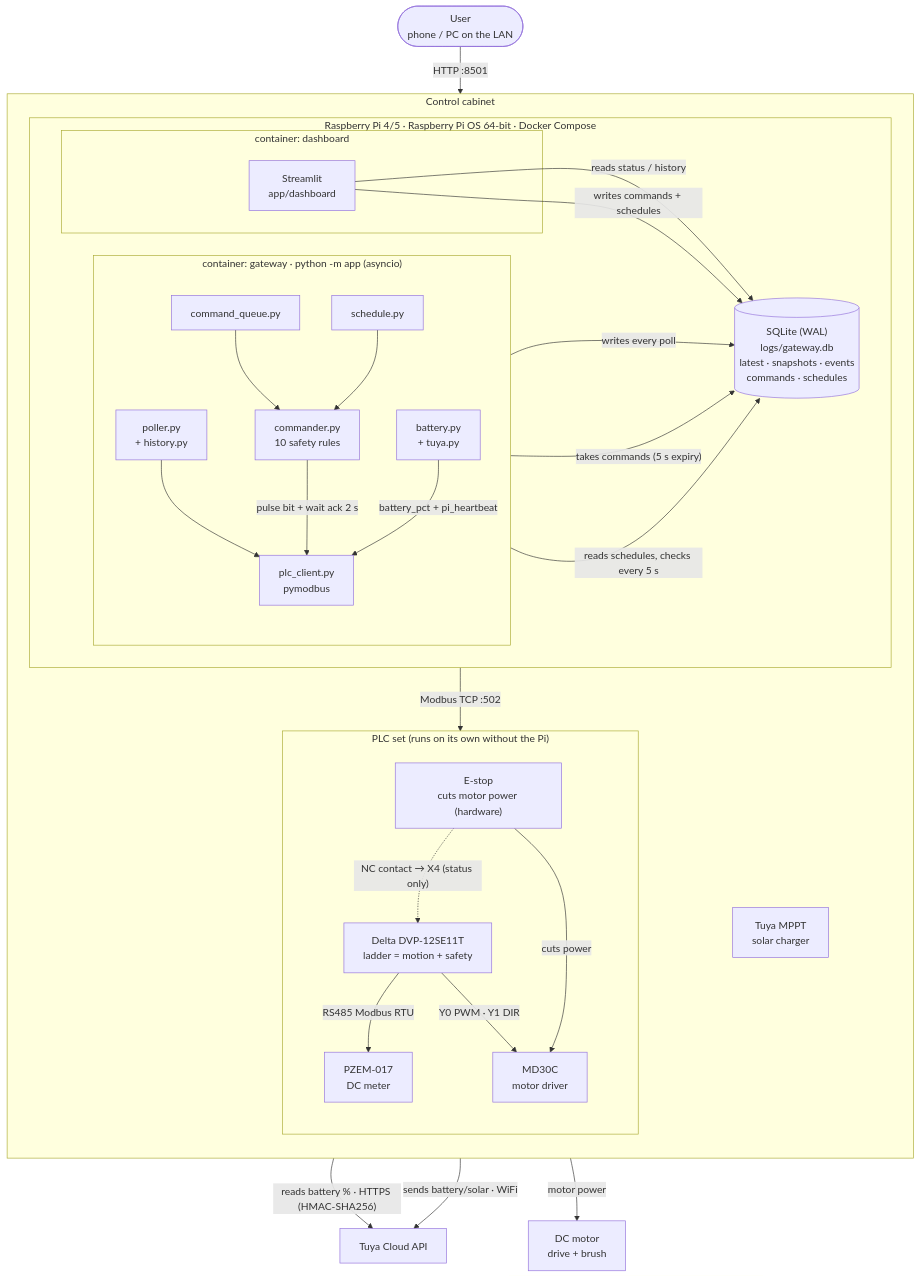
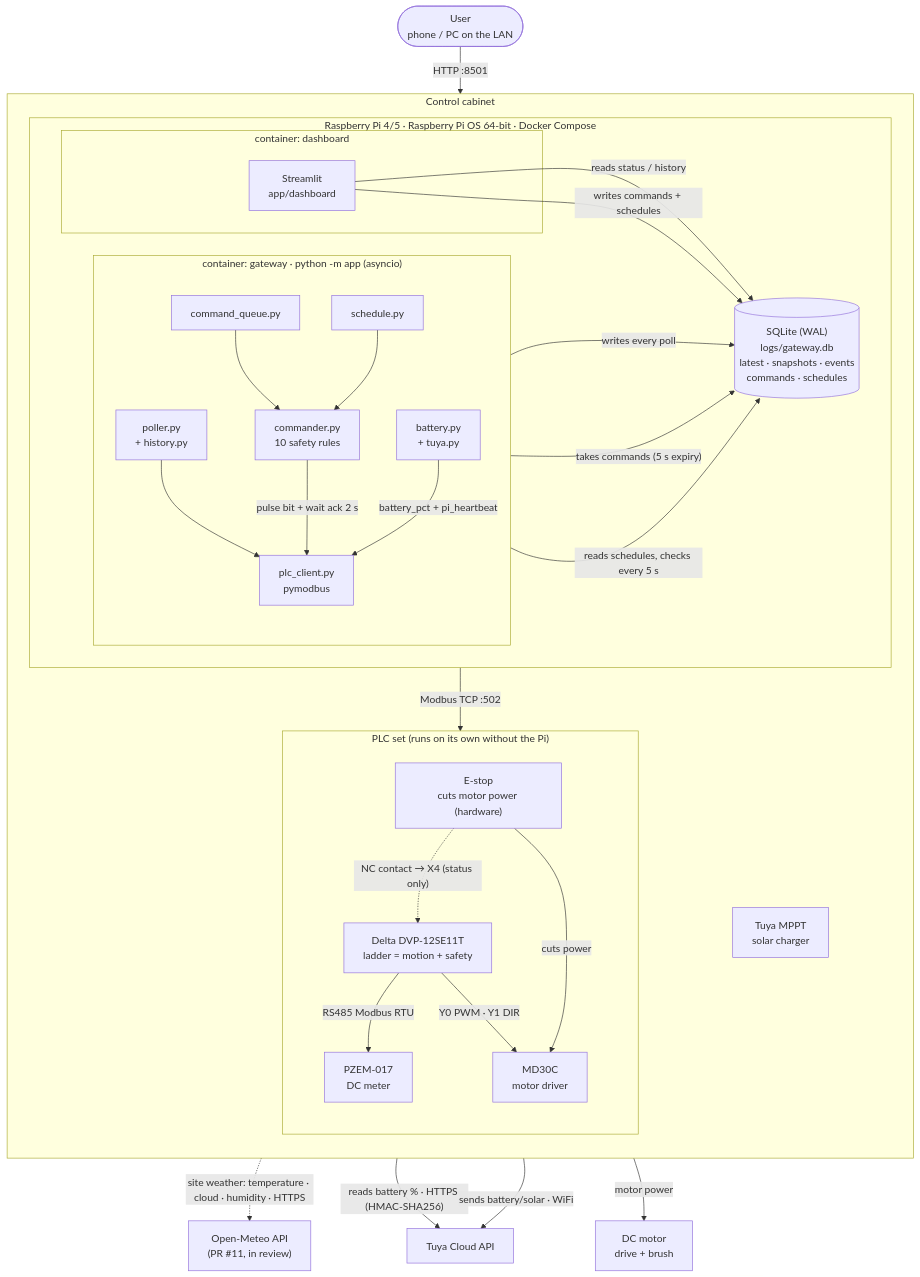
One commit to 9Take/Solar-Panel-Cleaning-Robot-via-IoT changed the second of 2 diagrams in docs/tech-stack.md. Above: the diagram before and after it, drawn with Mermaid. The commit also changed other lines of this file and 1 other file, not shown here.

First line of the commit message:
Bring tech stack and operation flow docs in line with main

````diff
--- a/docs/tech-stack.md
+++ b/docs/tech-stack.md
@@ -98,61 +105,63 @@
 ```mermaid
 flowchart TB
     user(["User<br/>phone / PC on the LAN"])
 
     subgraph cab["Control cabinet"]
         direction TB
         subgraph pi["Raspberry Pi 4/5 · Raspberry Pi OS 64-bit · Docker Compose"]
             direction LR
             subgraph dash["container: dashboard"]
                 st["Streamlit<br/>app/dashboard"]
             end
             db[("SQLite (WAL)<br/>logs/gateway.db<br/>latest · snapshots · events<br/>commands · schedules")]
             subgraph gw["container: gateway · python -m app (asyncio)"]
                 direction TB
                 poller["poller.py<br/>+ history.py"]
                 queue["command_queue.py"]
                 sched["schedule.py"]
                 cmdr["commander.py<br/>10 safety rules"]
                 batt["battery.py<br/>+ tuya.py"]
                 client["plc_client.py<br/>pymodbus"]
             end
         end
 
         subgraph ctrl["PLC set (runs on its own without the Pi)"]
             direction TB
             plc["Delta DVP-12SE11T<br/>ladder = motion + safety"]
             pzem["PZEM-017<br/>DC meter"]
             md30["MD30C<br/>motor driver"]
             estop["E-stop<br/>cuts motor power (hardware)"]
         end
 
         mppt["Tuya MPPT<br/>solar charger"]
     end
 
     motor["DC motor<br/>drive + brush"]
 
     tuya["Tuya Cloud API"]
+    meteo["Open-Meteo API<br/>(PR #11, in review)"]
 
     user -- "HTTP :8501" --> st
+    st -. "site weather: temperature · cloud · humidity · HTTPS" .-> meteo
     st -- "reads status / history" --> db
     st -- "writes commands + schedules" --> db
 
     poller -- "writes every poll" --> db
     queue -- "takes commands (5 s expiry)" --> db
     sched -- "reads schedules, checks every 5 s" --> db
     queue --> cmdr
     sched --> cmdr
     poller --> client
     cmdr -- "pulse bit + wait ack 2 s" --> client
     batt -- "battery_pct + pi_heartbeat" --> client
 
     client -- "Modbus TCP :502" --> plc
     batt -- "reads battery % · HTTPS (HMAC-SHA256)" --> tuya
     mppt -- "sends battery/solar · WiFi" --> tuya
 
     plc -- "RS485 Modbus RTU" --> pzem
     plc -- "Y0 PWM · Y1 DIR" --> md30
     estop -. "NC contact → X4 (status only)" .-> plc
     estop -- "cuts power" --> md30
     md30 -- "motor power" --> motor
 ```
````
